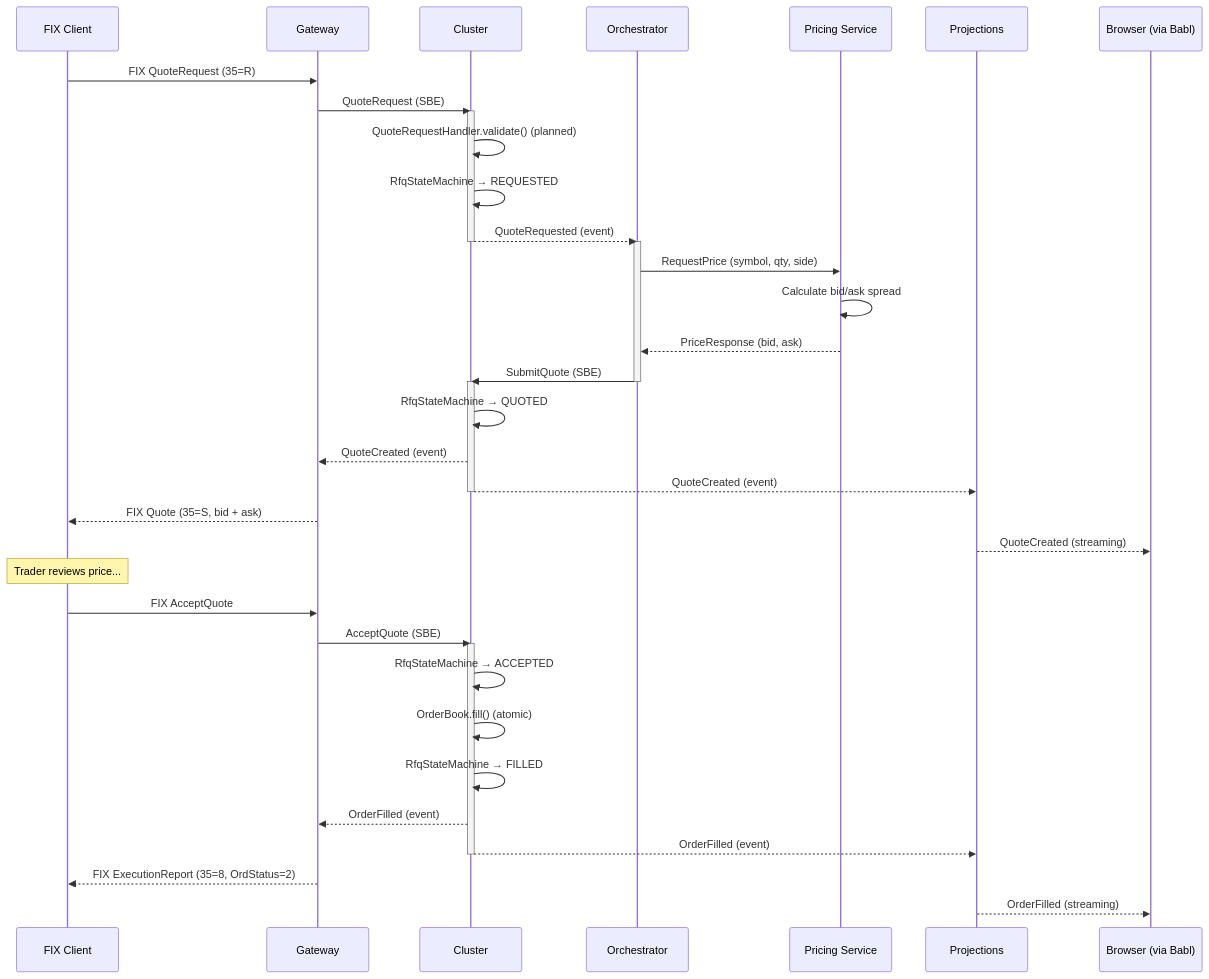
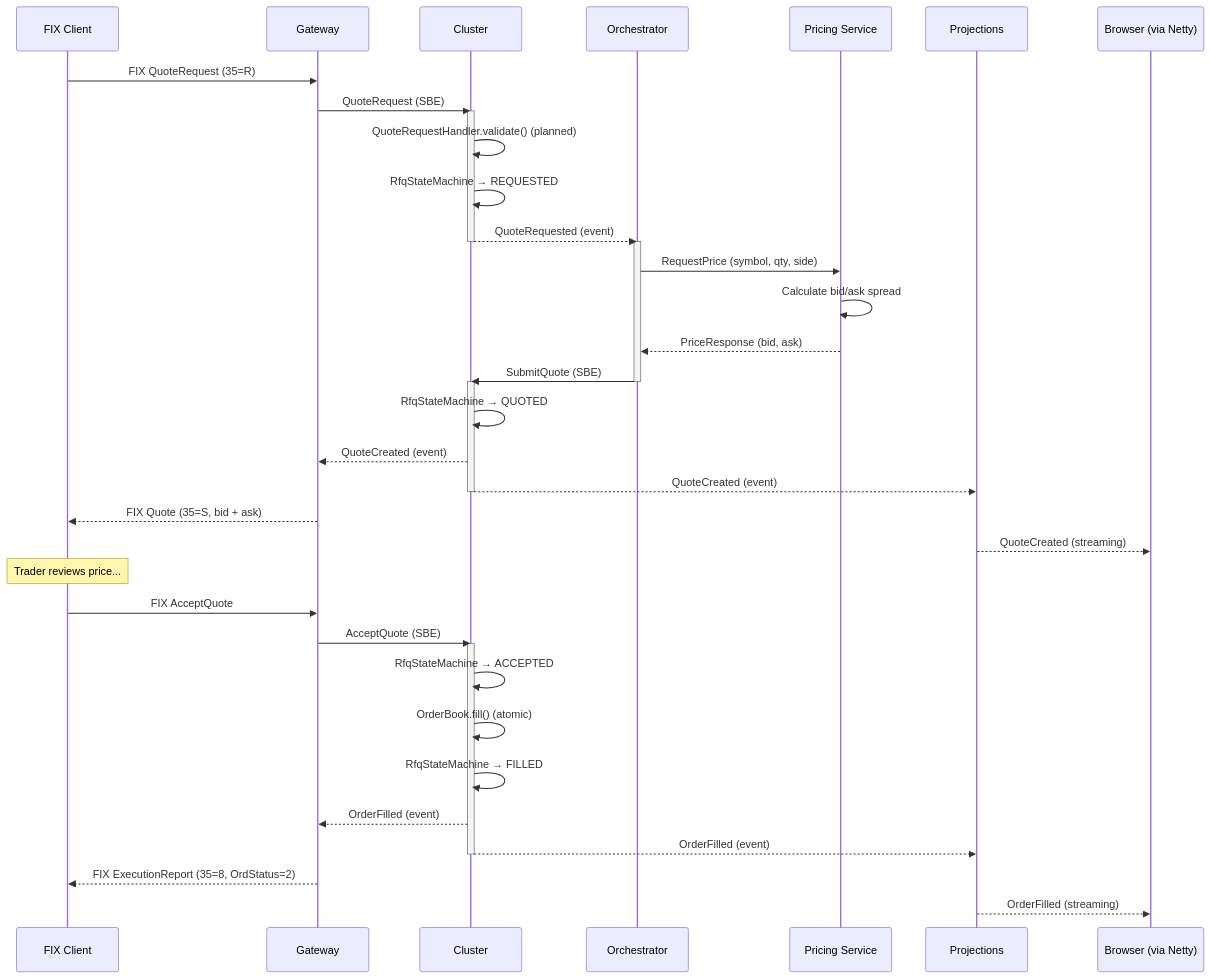
Before and after one commit to jsohi/app-trading-engine: the second of 4 diagrams in docs/sequences.md, drawn with Mermaid. The commit also changed other lines of this file and 11 other files, not shown here.

First line of the commit message:
APP-35: rename Babl → Netty across all design docs + add websocket architecture doc

````diff
--- a/docs/sequences.md
+++ b/docs/sequences.md
@@ -71,51 +71,51 @@
 ```mermaid
 sequenceDiagram
     participant C as FIX Client
     participant G as Gateway
     participant K as Cluster
     participant O as Orchestrator
     participant PS as Pricing Service
     participant P as Projections
-    participant B as Browser (via Babl)
+    participant B as Browser (via Netty)
 
     C->>G: FIX QuoteRequest (35=R)
     G->>K: QuoteRequest (SBE)
 
     activate K
     K->>K: QuoteRequestHandler.validate() (planned)
     K->>K: RfqStateMachine → REQUESTED
     K-->>O: QuoteRequested (event)
     deactivate K
 
     activate O
     O->>PS: RequestPrice (symbol, qty, side)
     PS->>PS: Calculate bid/ask spread
     PS-->>O: PriceResponse (bid, ask)
     O->>K: SubmitQuote (SBE)
     deactivate O
 
     activate K
     K->>K: RfqStateMachine → QUOTED
     K-->>G: QuoteCreated (event)
     K-->>P: QuoteCreated (event)
     deactivate K
 
     G-->>C: FIX Quote (35=S, bid + ask)
     P-->>B: QuoteCreated (streaming)
 
     Note over C: Trader reviews price...
 
     C->>G: FIX AcceptQuote
     G->>K: AcceptQuote (SBE)
 
     activate K
     K->>K: RfqStateMachine → ACCEPTED
     K->>K: OrderBook.fill() (atomic)
     K->>K: RfqStateMachine → FILLED
     K-->>G: OrderFilled (event)
     K-->>P: OrderFilled (event)
     deactivate K
 
     G-->>C: FIX ExecutionReport (35=8, OrdStatus=2)
     P-->>B: OrderFilled (streaming)
 ```
````
